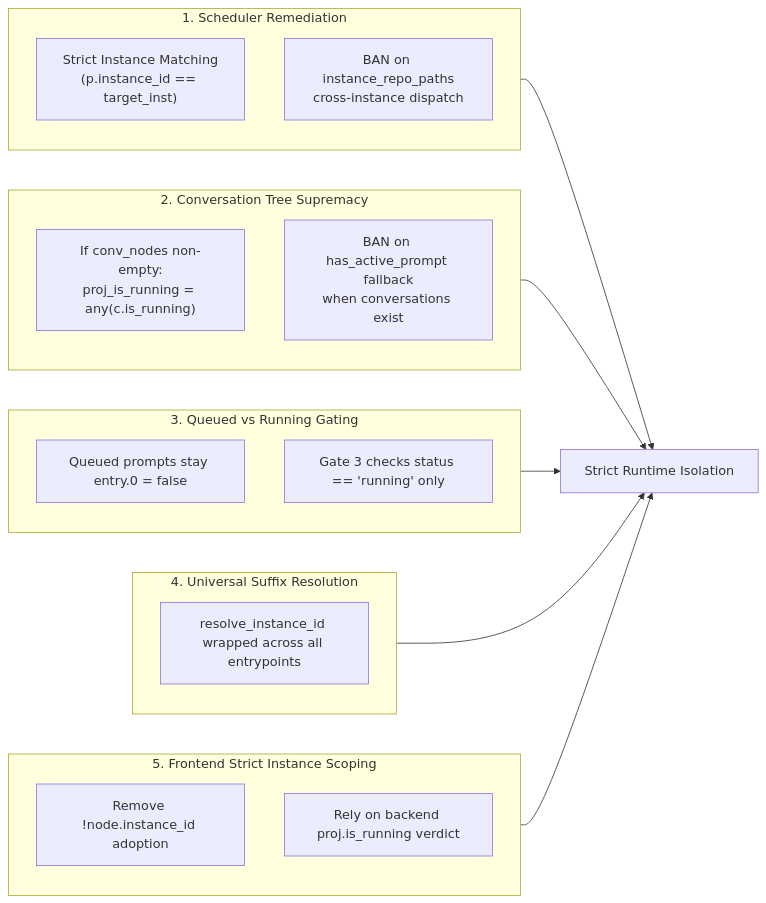
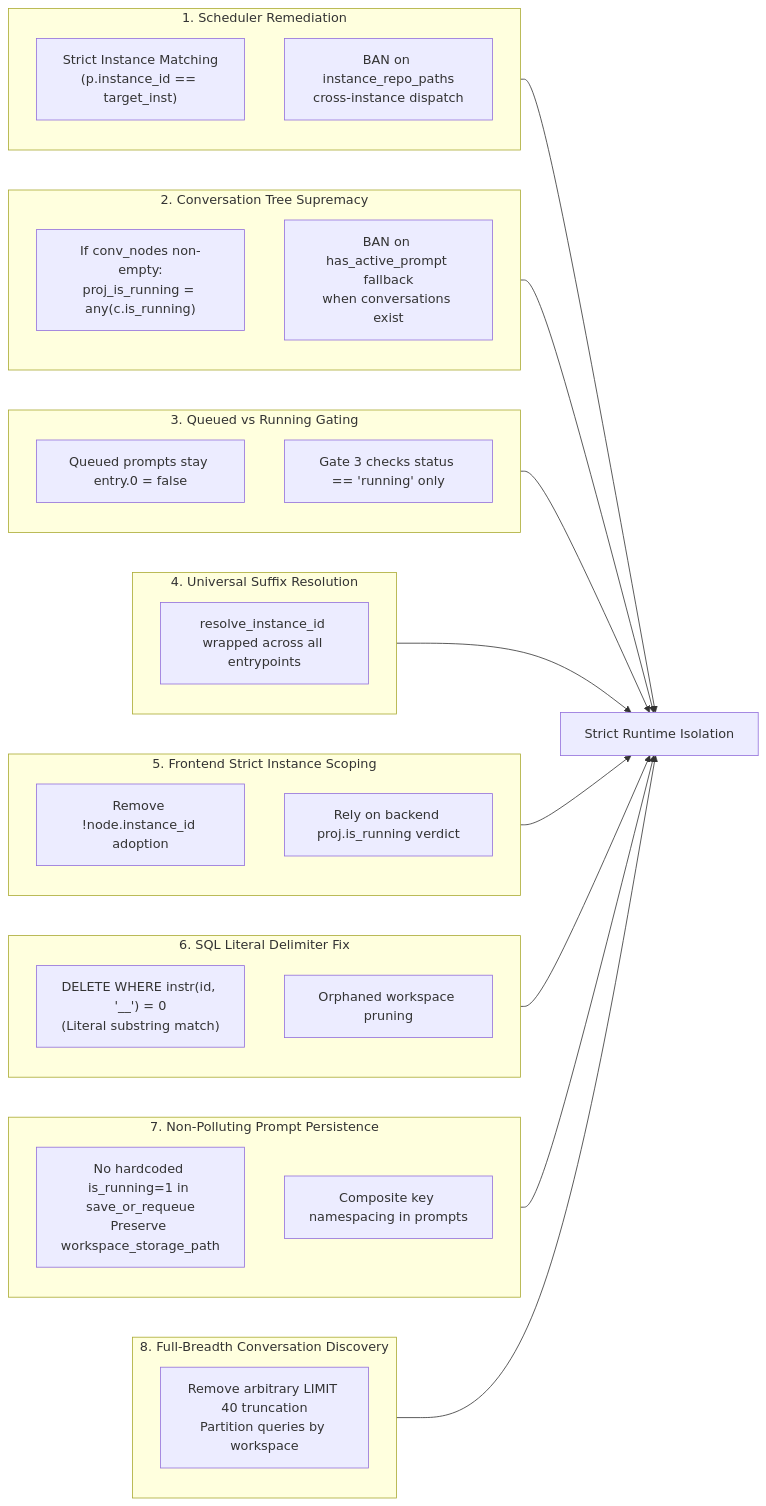
The third of 3 diagrams in 02-spec/22-app-issues/123-per-instance-prompt-running-detection-root-cause.md (alimtvnetwork/Antigravity-Manager), drawn with Mermaid before and after one commit. The commit also changed other lines of this file and 4 other files, not shown here.

Commit message:
feat(repo_db): fix SQL delimiter migration, sanitize prompt persistence, and eliminate conversation tree truncation

````diff
--- a/02-spec/22-app-issues/123-per-instance-prompt-running-detection-root-cause.md
+++ b/02-spec/22-app-issues/123-per-instance-prompt-running-detection-root-cause.md
@@ -331,32 +434,49 @@
 ```mermaid
 flowchart LR
     subgraph SchedFix ["1. Scheduler Remediation"]
         F1["Strict Instance Matching<br/>(p.instance_id == target_inst)"]
         F2["BAN on instance_repo_paths<br/>cross-instance dispatch"]
     end
 
     subgraph TreeFix ["2. Conversation Tree Supremacy"]
         F3["If conv_nodes non-empty:<br/>proj_is_running = any(c.is_running)"]
         F4["BAN on has_active_prompt fallback<br/>when conversations exist"]
     end
 
     subgraph QueueFix ["3. Queued vs Running Gating"]
         F5["Queued prompts stay entry.0 = false"]
         F6["Gate 3 checks status == 'running' only"]
     end
 
     subgraph SuffixFix ["4. Universal Suffix Resolution"]
         F7["resolve_instance_id wrapped across all entrypoints"]
     end
 
     subgraph UIFix ["5. Frontend Strict Instance Scoping"]
         F8["Remove !node.instance_id adoption"]
         F9["Rely on backend proj.is_running verdict"]
     end
 
+    subgraph DBMigrationFix ["6. SQL Literal Delimiter Fix"]
+        F10["DELETE WHERE instr(id, '__') = 0<br/>(Literal substring match)"]
+        F11["Orphaned workspace pruning"]
+    end
+
+    subgraph PromptPersistenceFix ["7. Non-Polluting Prompt Persistence"]
+        F12["No hardcoded is_running=1 in save_or_requeue<br/>Preserve workspace_storage_path"]
+        F13["Composite key namespacing in prompts"]
+    end
+
+    subgraph TreeLimitFix ["8. Full-Breadth Conversation Discovery"]
+        F14["Remove arbitrary LIMIT 40 truncation<br/>Partition queries by workspace"]
+    end
+
     SchedFix --> UnifiedState["Strict Runtime Isolation"]
     TreeFix --> UnifiedState
     QueueFix --> UnifiedState
     SuffixFix --> UnifiedState
     UIFix --> UnifiedState
+    DBMigrationFix --> UnifiedState
+    PromptPersistenceFix --> UnifiedState
+    TreeLimitFix --> UnifiedState
 ```
````
